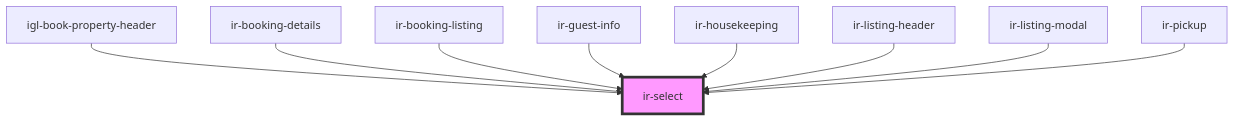
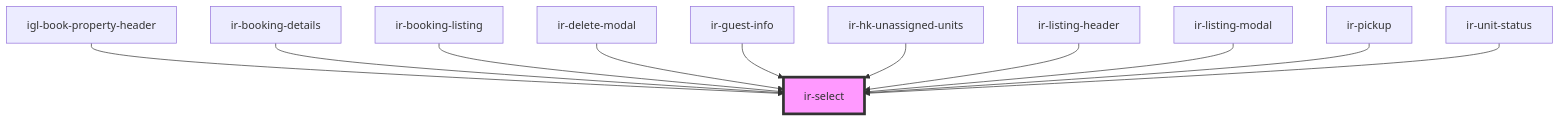
The diagram in src/components/ir-select/readme.md (David1Chowaifaty/modified-ir-webcmp), drawn with Mermaid before and after one commit. The commit also changed other lines of this file and 19 other files, not shown here.

````diff
--- a/src/components/ir-select/readme.md
+++ b/src/components/ir-select/readme.md
@@ -55,12 +57,14 @@
 ```mermaid
 graph TD;
   igl-book-property-header --> ir-select
   ir-booking-details --> ir-select
   ir-booking-listing --> ir-select
+  ir-delete-modal --> ir-select
   ir-guest-info --> ir-select
-  ir-housekeeping --> ir-select
+  ir-hk-unassigned-units --> ir-select
   ir-listing-header --> ir-select
   ir-listing-modal --> ir-select
   ir-pickup --> ir-select
+  ir-unit-status --> ir-select
   style ir-select fill:#f9f,stroke:#333,stroke-width:4px
 ```
````
